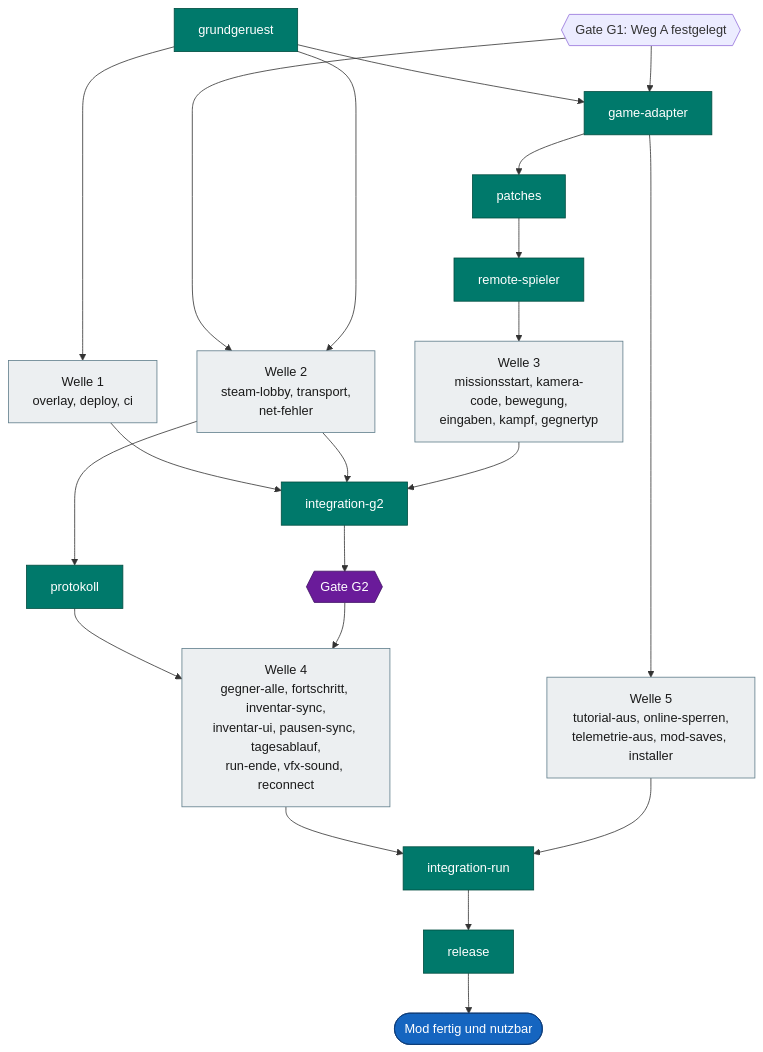
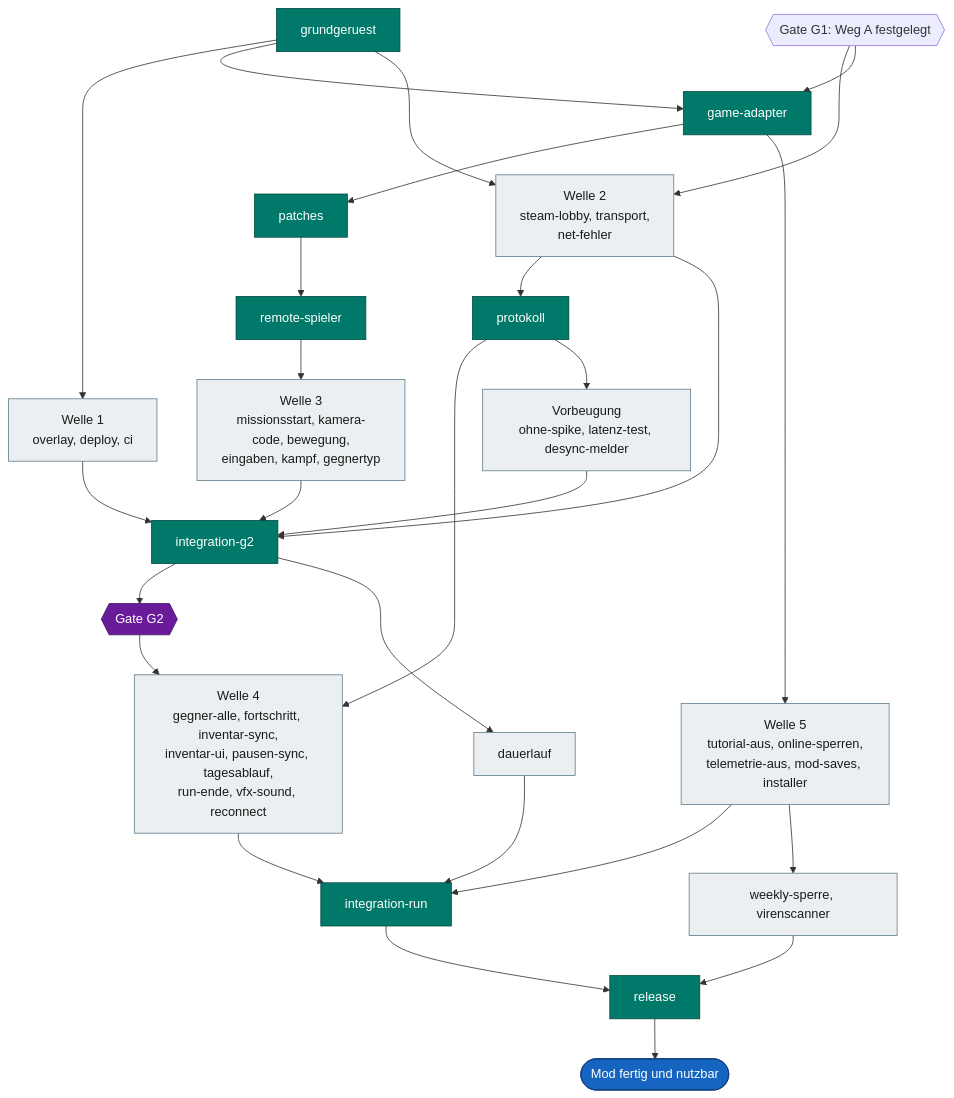
Before and after one commit to VitaminStack/Deadly-Days-Roadtrip-Multiplayer-Mod: the fourth of 4 diagrams in docs/ROADMAP.md, drawn with Mermaid. The commit also changed other lines of this file and 3 other files, not shown here.

````diff
--- a/docs/ROADMAP.md
+++ b/docs/ROADMAP.md
@@ -227,27 +234,31 @@
 ```mermaid
 flowchart TD
     GR["grundgeruest"]:::central --> W1["Welle 1<br/>overlay, deploy, ci"]:::open
     GR --> GA["game-adapter"]:::central
     G1{{"Gate G1: Weg A festgelegt"}}:::done --> W2["Welle 2<br/>steam-lobby, transport,<br/>net-fehler"]:::open
     GR --> W2
     G1 --> GA
     GA --> PT["patches"]:::central --> RS["remote-spieler"]:::central
     GA --> W5["Welle 5<br/>tutorial-aus, online-sperren,<br/>telemetrie-aus, mod-saves, installer"]:::open
     RS --> W3["Welle 3<br/>missionsstart, kamera-code, bewegung,<br/>eingaben, kampf, gegnertyp"]:::open
     W1 --> IG["integration-g2"]:::central
     W2 --> PR["protokoll"]:::central
     W2 --> IG
     W3 --> IG
     IG --> G2{{"Gate G2"}}:::gate
     PR --> W4["Welle 4<br/>gegner-alle, fortschritt, inventar-sync,<br/>inventar-ui, pausen-sync, tagesablauf,<br/>run-ende, vfx-sound, reconnect"]:::open
     G2 --> W4
     W4 --> IR["integration-run"]:::central
     W5 --> IR
+    RV["Vorbeugung<br/>ohne-spike, latenz-test, desync-melder"]:::open --> IG
+    PR --> RV
+    IG --> DL["dauerlauf"]:::open --> IR
+    W5 --> W6["weekly-sperre, virenscanner"]:::open --> RL
     IR --> RL["release"]:::central
     RL --> Z(["Mod fertig und nutzbar"]):::goal
 
     classDef central fill:#00796b,stroke:#004d40,color:#ffffff
     classDef open fill:#eceff1,stroke:#607d8b,color:#1a1a1a
     classDef gate fill:#6a1b9a,stroke:#3e1163,color:#ffffff
     classDef goal fill:#1565c0,stroke:#0d3c78,color:#ffffff
 ```
````
